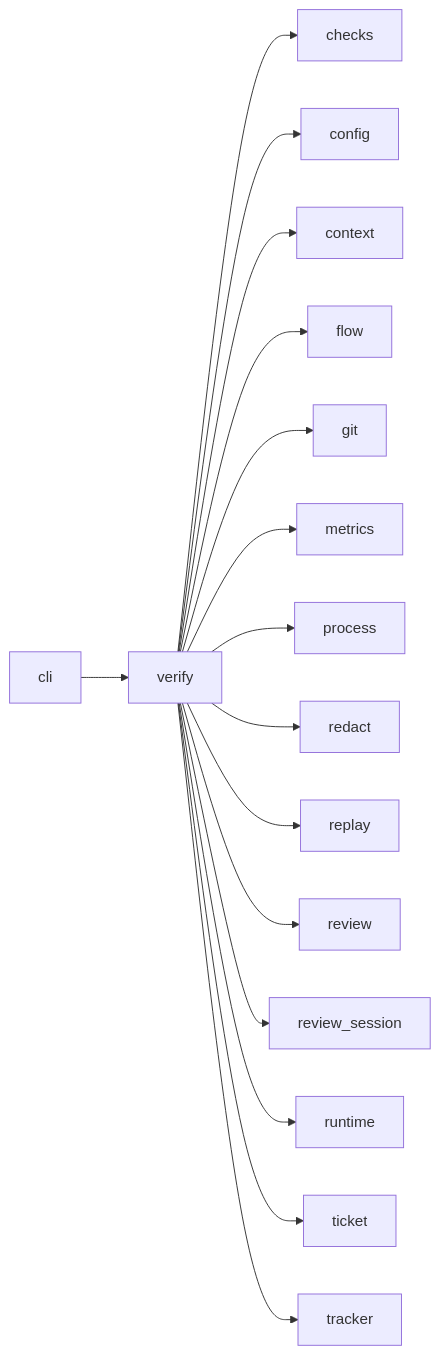
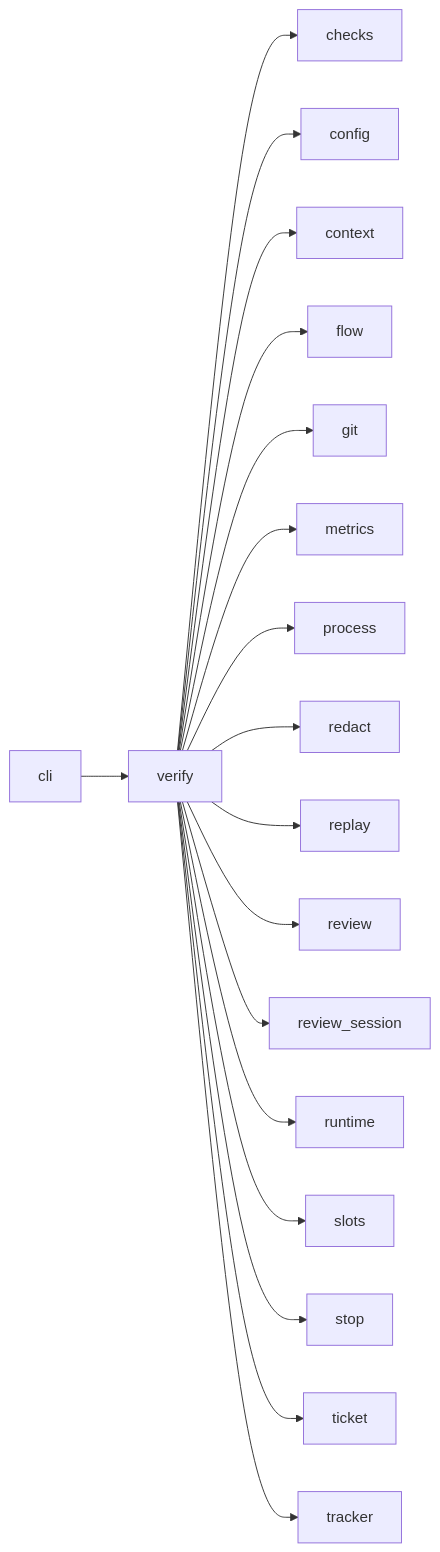
Before and after one commit to plaplanche/ariane: the third of 3 diagrams in docs/architecture/modules/verify.md, drawn with Mermaid. The commit also changed other lines of this file and 19 other files, not shown here.

````diff
--- a/docs/architecture/modules/verify.md
+++ b/docs/architecture/modules/verify.md
@@ -78,18 +78,20 @@
 ```mermaid
 flowchart LR
   cli --> verify
   verify --> checks
   verify --> config
   verify --> context
   verify --> flow
   verify --> git
   verify --> metrics
   verify --> process
   verify --> redact
   verify --> replay
   verify --> review
   verify --> review_session
   verify --> runtime
+  verify --> slots
+  verify --> stop
   verify --> ticket
   verify --> tracker
 ```
````
